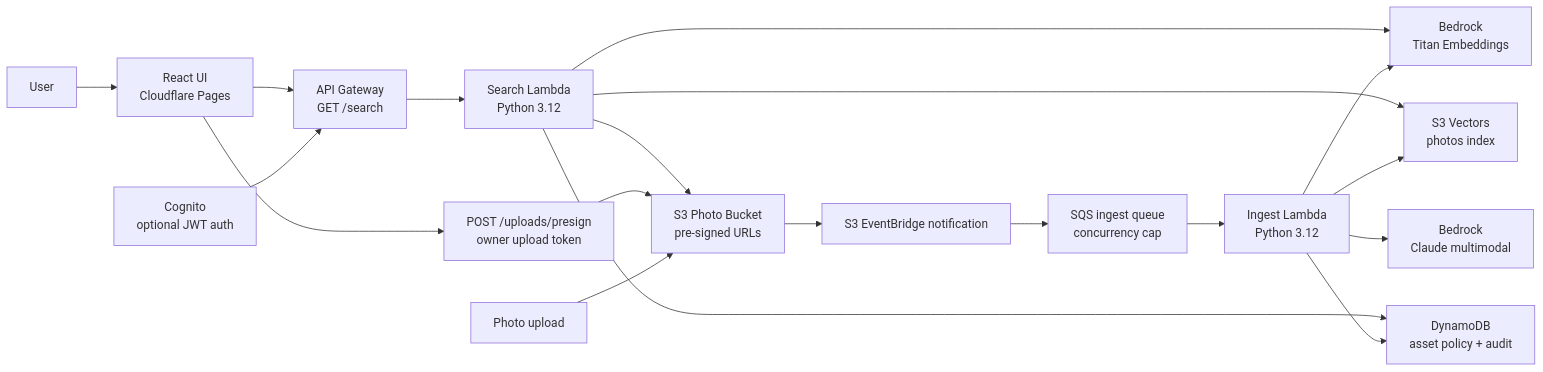
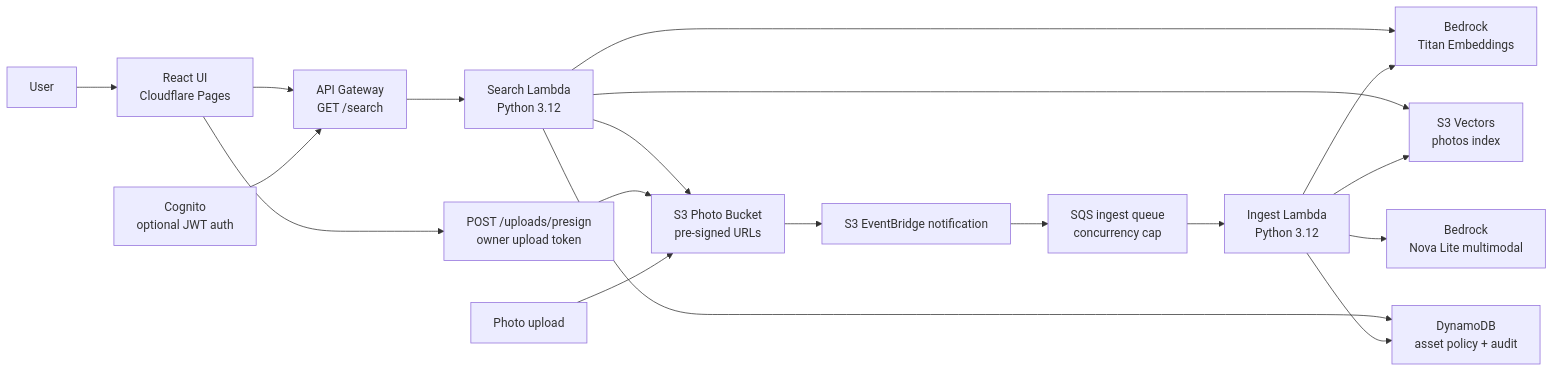
The diagram in README.md (manynames3/photoscribe-ai), drawn with Mermaid before and after one commit. The commit also changed other lines of this file and 16 other files, not shown here.

Commit message:
feat: use Nova Lite for image ingest

````diff
--- a/README.md
+++ b/README.md
@@ -91,22 +91,22 @@
 ```mermaid
 flowchart LR
     user["User"] --> ui["React UI<br/>Cloudflare Pages"]
     ui --> api["API Gateway<br/>GET /search"]
     api --> search["Search Lambda<br/>Python 3.12"]
     auth["Cognito<br/>optional JWT auth"] --> api
     search --> embed["Bedrock<br/>Titan Embeddings"]
     search --> vectors["S3 Vectors<br/>photos index"]
     search --> photos["S3 Photo Bucket<br/>pre-signed URLs"]
     search --> governance["DynamoDB<br/>asset policy + audit"]
     ui --> upload["POST /uploads/presign<br/>owner upload token"]
     upload --> photos
 
     uploader["Photo upload"] --> photos
     photos --> events["S3 EventBridge notification"]
     events --> queue["SQS ingest queue<br/>concurrency cap"]
     queue --> ingest["Ingest Lambda<br/>Python 3.12"]
-    ingest --> claude["Bedrock<br/>Claude multimodal"]
+    ingest --> nova["Bedrock<br/>Nova Lite multimodal"]
     ingest --> embed
     ingest --> vectors
     ingest --> governance
 ```
````
